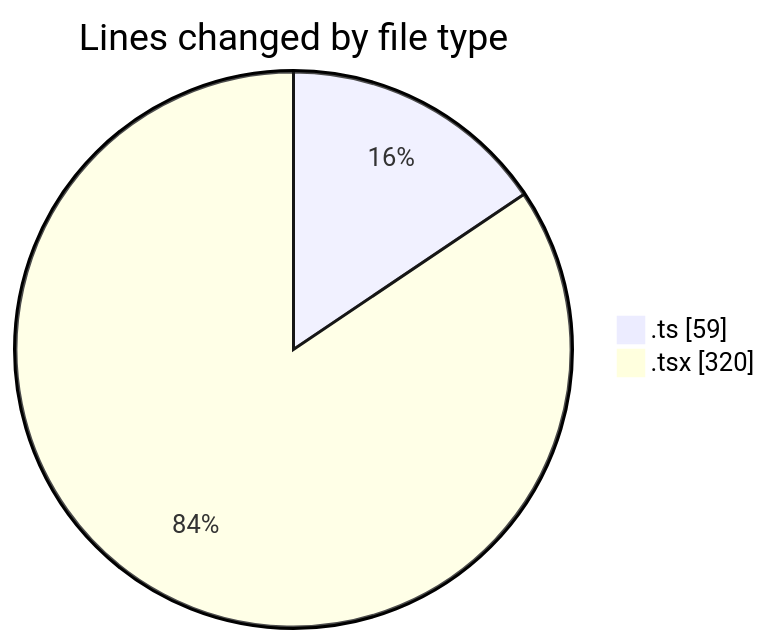
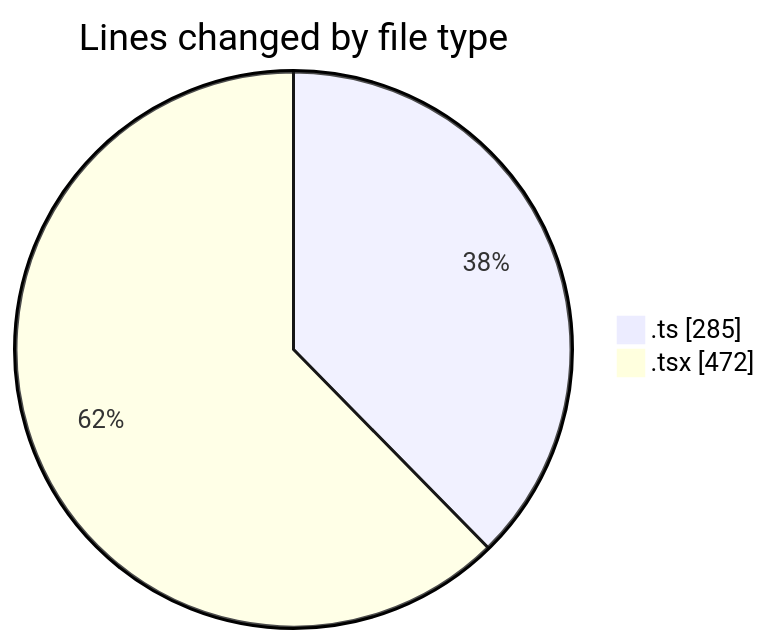
The first of 2 diagrams in 2026-08-21/nxtqube_webapp/README.md (nxtqubesakshisongat/code-tracking), drawn with Mermaid before and after one commit. The commit also changed other lines of this file and 1 other file, not shown here.

````diff
--- a/2026-08-21/nxtqube_webapp/README.md
+++ b/2026-08-21/nxtqube_webapp/README.md
@@ -21,6 +23,6 @@
 ```mermaid
 pie showData
 title Lines changed by file type
-".ts" : 59
-".tsx" : 320
+".ts" : 285
+".tsx" : 472
 ```
````
